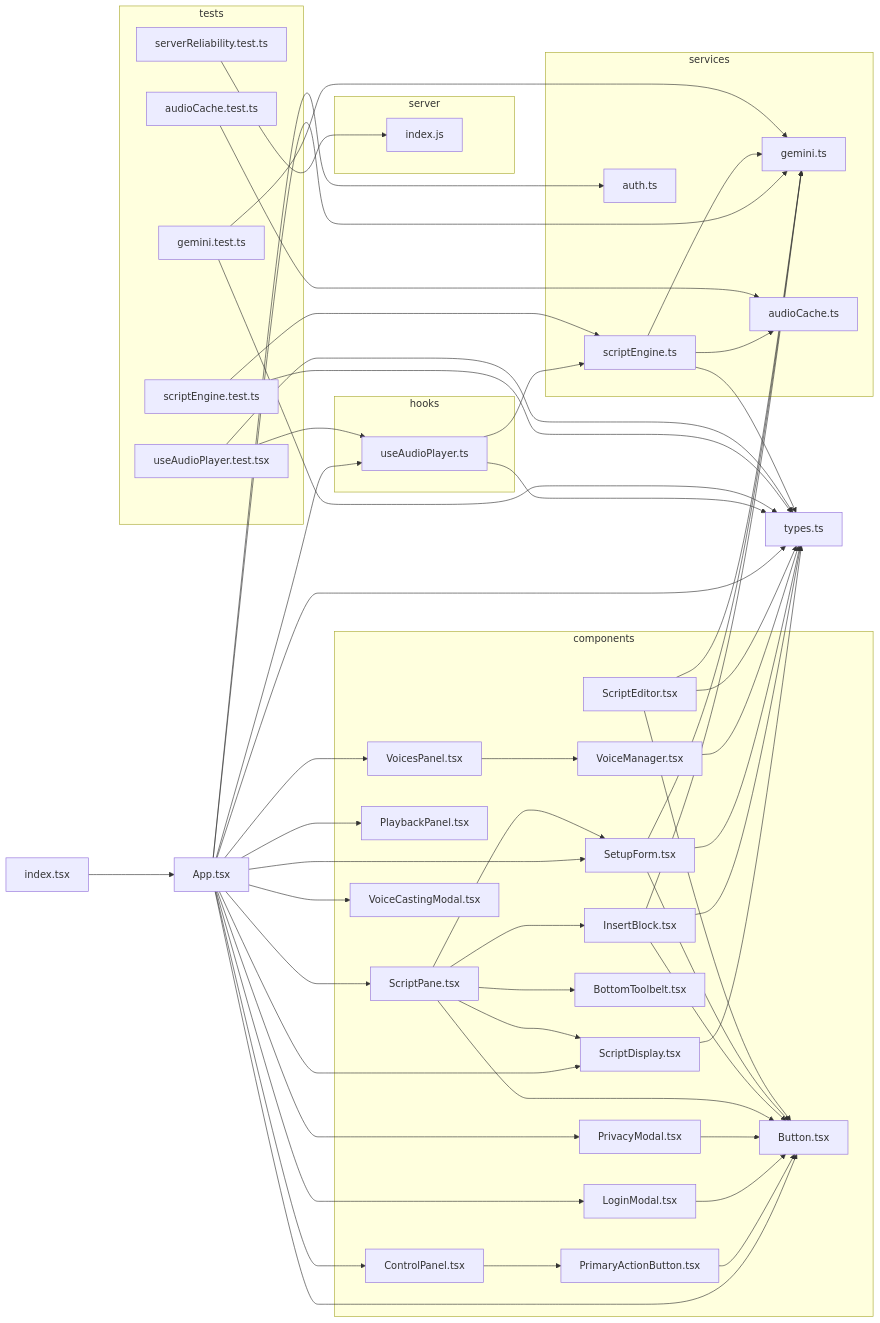
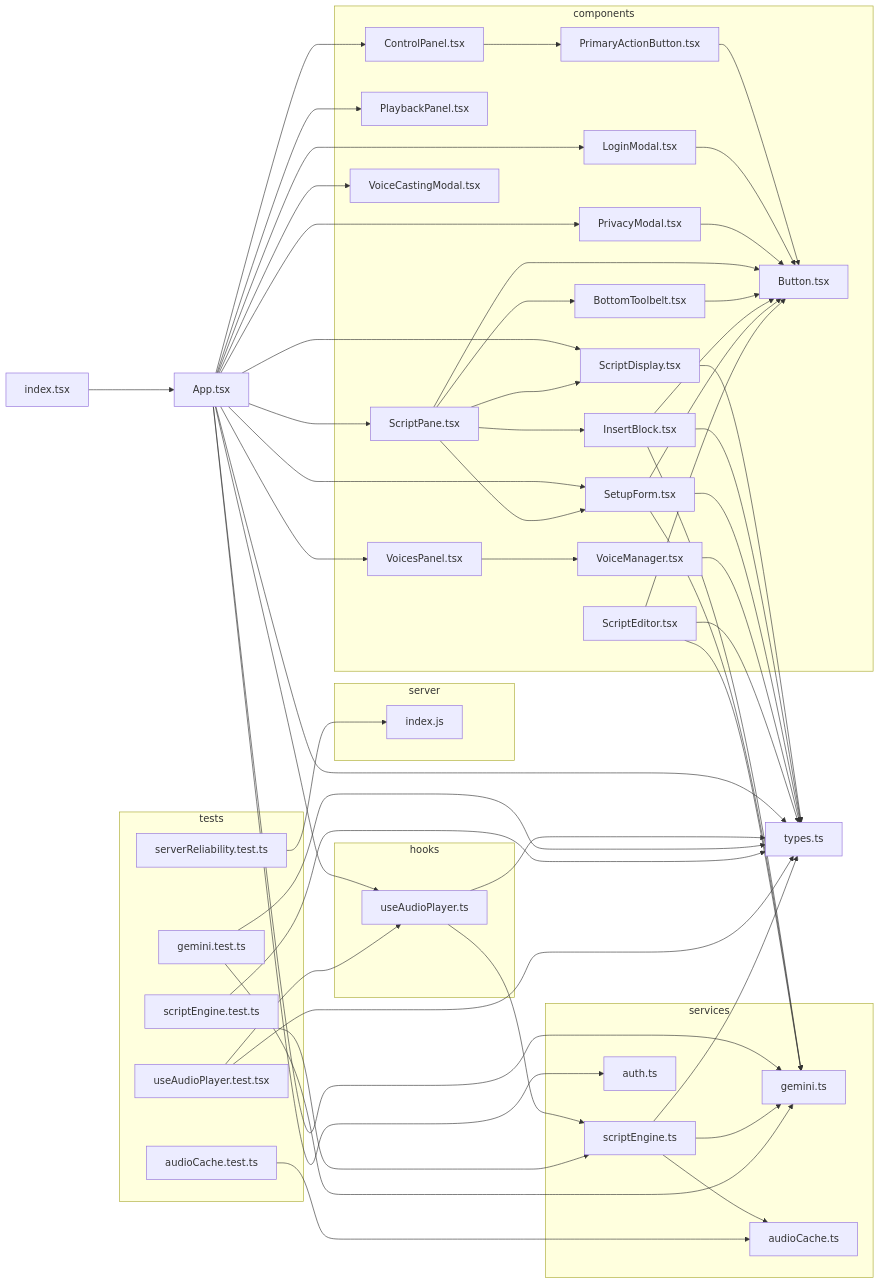
The diagram in docs/dependency-graph.mmd (seanzmc/Script-Seance), drawn with Mermaid before and after one commit. The commit also changed 3 other files, not shown here.

```diff
--- a/docs/dependency-graph.mmd
+++ b/docs/dependency-graph.mmd
@@ -1,90 +1,90 @@
 flowchart LR
 
 0["App.tsx"]
 subgraph 1["components"]
-2["Button.tsx"]
-3["ControlPanel.tsx"]
-4["PrimaryActionButton.tsx"]
+2["ControlPanel.tsx"]
+3["PrimaryActionButton.tsx"]
+4["Button.tsx"]
 5["LoginModal.tsx"]
 6["PlaybackPanel.tsx"]
 7["PrivacyModal.tsx"]
 8["ScriptDisplay.tsx"]
 A["ScriptPane.tsx"]
 B["BottomToolbelt.tsx"]
 C["InsertBlock.tsx"]
 F["SetupForm.tsx"]
 G["VoiceCastingModal.tsx"]
 H["VoicesPanel.tsx"]
 I["VoiceManager.tsx"]
 O["ScriptEditor.tsx"]
 end
 9["types.ts"]
 subgraph D["services"]
 E["gemini.ts"]
 L["scriptEngine.ts"]
 M["audioCache.ts"]
 N["auth.ts"]
 end
 subgraph J["hooks"]
 K["useAudioPlayer.ts"]
 end
 P["index.tsx"]
 subgraph Q["server"]
 R["index.js"]
 end
 subgraph S["tests"]
 T["audioCache.test.ts"]
 U["gemini.test.ts"]
 V["scriptEngine.test.ts"]
 W["serverReliability.test.ts"]
 X["useAudioPlayer.test.tsx"]
 end
 0-->2
-0-->3
 0-->5
 0-->6
 0-->7
 0-->8
 0-->A
 0-->F
 0-->G
 0-->H
 0-->K
 0-->N
 0-->E
 0-->9
+2-->3
 3-->4
-4-->2
-5-->2
-7-->2
+5-->4
+7-->4
 8-->9
 A-->B
-A-->2
+A-->4
 A-->C
 A-->8
 A-->F
+B-->4
 C-->E
 C-->9
-C-->2
+C-->4
 F-->E
 F-->9
-F-->2
+F-->4
 H-->I
 I-->9
 K-->L
 K-->9
 L-->9
 L-->M
 L-->E
 O-->E
 O-->9
-O-->2
+O-->4
 P-->0
 T-->M
 U-->E
 U-->9
 V-->L
 V-->9
 W-->R
 X-->K
 X-->9
```
